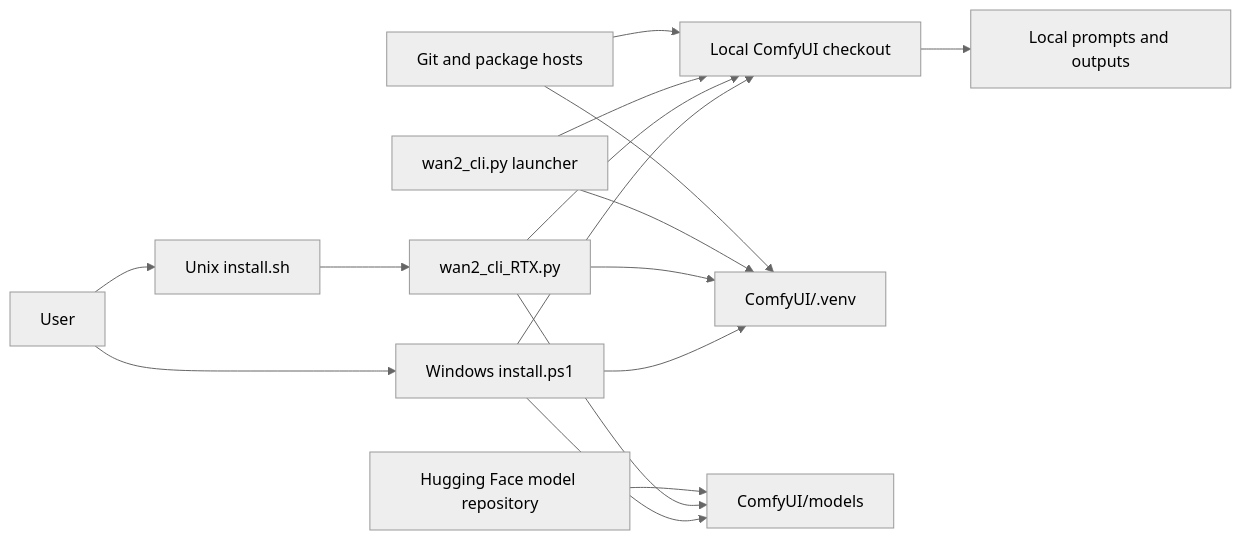
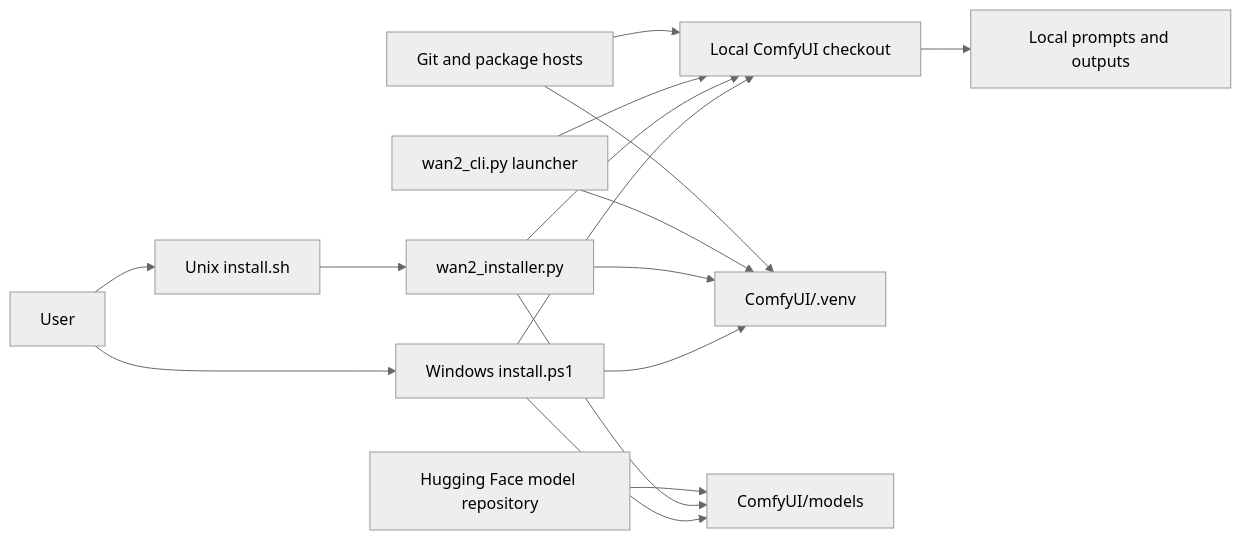
Before and after one commit to melayyoub/AI-VIdeo-Generator-for-free: the first of 2 diagrams in docs/architecture.md, drawn with Mermaid (neutral theme). The commit also changed other lines of this file and 25 other files, not shown here.

````diff
--- a/docs/architecture.md
+++ b/docs/architecture.md
@@ -9,18 +9,18 @@
 ```mermaid
 flowchart LR
     U[User] --> W[Windows install.ps1]
     U --> B[Unix install.sh]
-    B --> P[wan2_cli_RTX.py]
+    B --> P[wan2_installer.py]
     W --> C[Local ComfyUI checkout]
     P --> C
     W --> V[ComfyUI/.venv]
     P --> V
     W --> M[ComfyUI/models]
     P --> M
     L[wan2_cli.py launcher] --> C
     L --> V
     C --> O[Local prompts and outputs]
     G[Git and package hosts] --> C
     G --> V
     H[Hugging Face model repository] --> M
 ```
````
